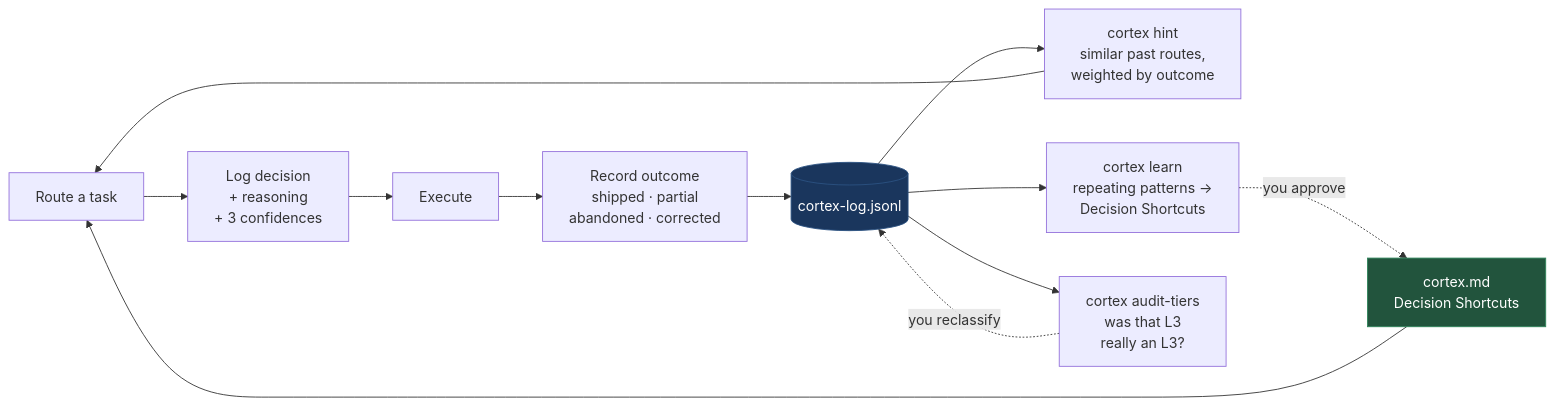
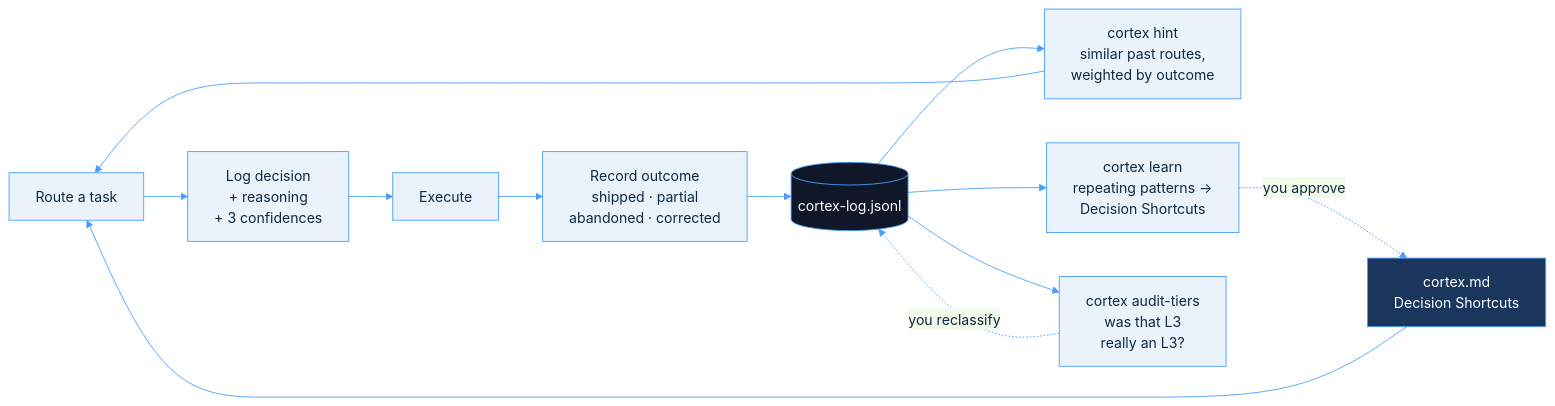
The fourth of 4 diagrams in README.md (amitvijapur/cortex), drawn with Mermaid before and after one commit. The commit also changed other lines of this file, not shown here.

Commit message:
docs: re-theme mermaid diagrams to steel-blue palette; add multi-agent install (Cursor, Codex, Gemini CLI, Aider, Windsurf)

````diff
--- a/README.md
+++ b/README.md
@@ -301,17 +335,18 @@
 ```mermaid
+%%{init: {'theme':'base','themeVariables':{'lineColor':'#4a9eff','primaryColor':'#eaf2fb','primaryTextColor':'#0f2942','primaryBorderColor':'#4a9eff','fontFamily':'ui-sans-serif, system-ui, sans-serif'}}}%%
 flowchart LR
     A[Route a task] --> B[Log decision<br/>+ reasoning<br/>+ 3 confidences]
     B --> C[Execute]
     C --> D[Record outcome<br/>shipped · partial<br/>abandoned · corrected]
     D --> E[(cortex-log.jsonl)]
     E --> F[cortex hint<br/>similar past routes,<br/>weighted by outcome]
     E --> G[cortex learn<br/>repeating patterns →<br/>Decision Shortcuts]
     E --> H[cortex audit-tiers<br/>was that L3<br/>really an L3?]
     F --> A
     G -.you approve.-> I[cortex.md<br/>Decision Shortcuts]
     I --> A
     H -.you reclassify.-> E
 
-    style E fill:#1a365d,stroke:#2c5282,color:#fff
-    style I fill:#22543d,stroke:#2f855a,color:#fff
+    style E fill:#0f1729,stroke:#4a9eff,color:#fff
+    style I fill:#1a365d,stroke:#4a9eff,color:#fff
 ```
````
